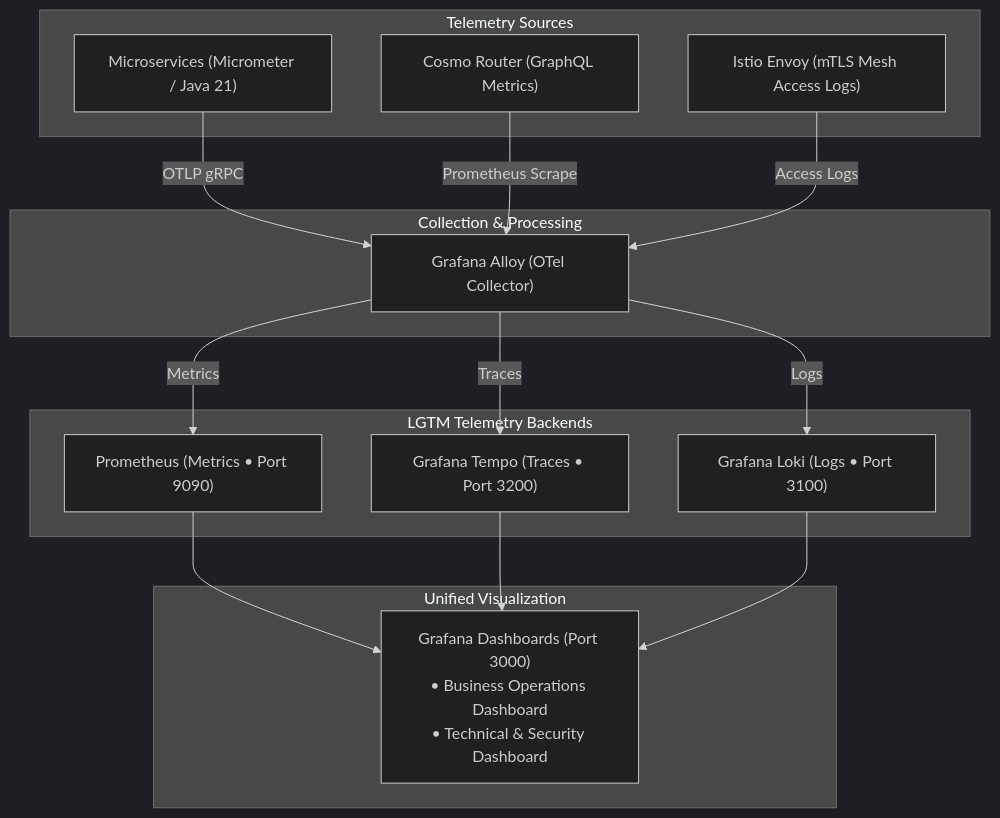
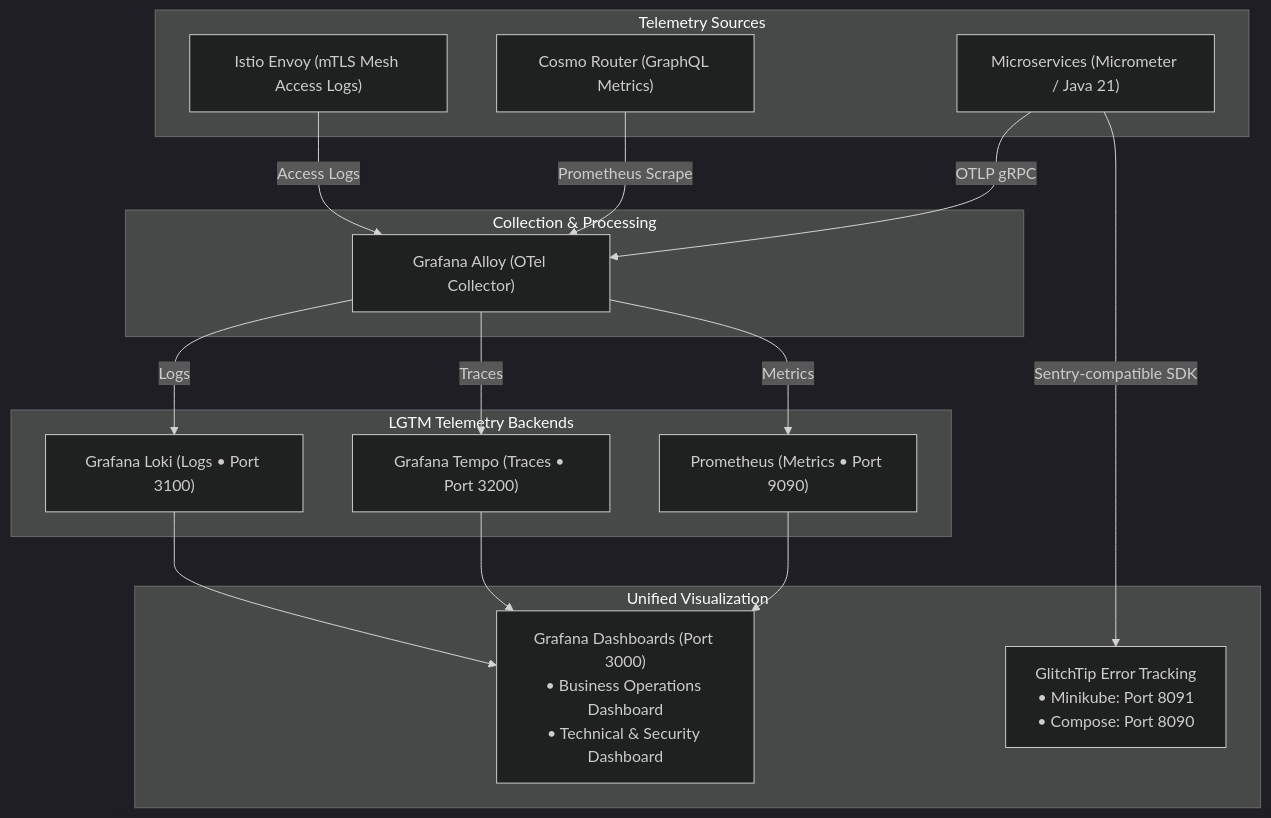
One commit to GeorgeGxx/microservices-architecture changed the diagram in docs/04-observability/README.md. Above: the diagram before and after it, drawn with Mermaid (dark theme). The commit also changed other lines of this file and 9 other files, not shown here.

````diff
--- a/docs/04-observability/README.md
+++ b/docs/04-observability/README.md
@@ -12,34 +12,36 @@
 ```mermaid
 flowchart TD
     subgraph Sources ["Telemetry Sources"]
         APPS["Microservices (Micrometer / Java 21)"]
         ROUTER["Cosmo Router (GraphQL Metrics)"]
         ISTIO["Istio Envoy (mTLS Mesh Access Logs)"]
     end
 
     subgraph Collection ["Collection & Processing"]
         ALLOY["Grafana Alloy (OTel Collector)"]
     end
 
     subgraph Storage ["LGTM Telemetry Backends"]
         PROM["Prometheus (Metrics • Port 9090)"]
         TEMPO["Grafana Tempo (Traces • Port 3200)"]
         LOKI["Grafana Loki (Logs • Port 3100)"]
     end
 
     subgraph Visualization ["Unified Visualization"]
         GRAFANA["Grafana Dashboards (Port 3000)<br/>• Business Operations Dashboard<br/>• Technical & Security Dashboard"]
+        GLITCHTIP["GlitchTip Error Tracking<br/>• Minikube: Port 8091<br/>• Compose: Port 8090"]
     end
 
     APPS -->|OTLP gRPC| ALLOY
     ROUTER -->|Prometheus Scrape| ALLOY
     ISTIO -->|Access Logs| ALLOY
 
     ALLOY -->|Metrics| PROM
     ALLOY -->|Traces| TEMPO
     ALLOY -->|Logs| LOKI
 
     PROM --> GRAFANA
     TEMPO --> GRAFANA
     LOKI --> GRAFANA
+    APPS -->|Sentry-compatible SDK| GLITCHTIP
 ```
````
